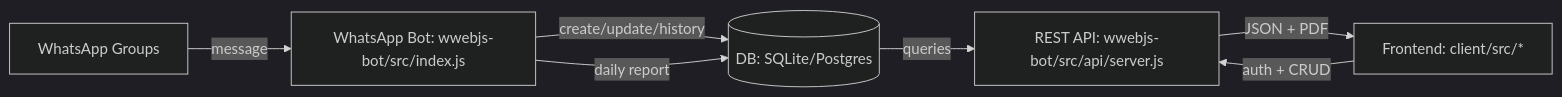
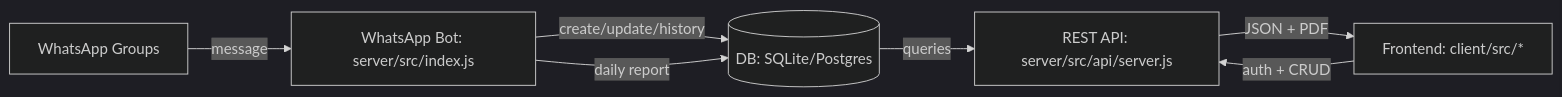
Before and after one commit to Ericdt17/saasDelivery: the diagram in REPO_DOCUMENTATION.md, drawn with Mermaid (dark theme). The commit also changed other lines of this file and 198 other files, not shown here.

First line of the commit message:
Rename backend to server, remove WhatsApp bot, and add public recruitment apply flow.

````diff
--- a/REPO_DOCUMENTATION.md
+++ b/REPO_DOCUMENTATION.md
@@ -90,15 +90,15 @@
 ```mermaid
 flowchart LR
   WhatsApp[WhatsApp Groups]
-  Bot[WhatsApp Bot: wwebjs-bot/src/index.js]
+  Bot[WhatsApp Bot: server/src/index.js]
   DB[(DB: SQLite/Postgres)]
-  API[REST API: wwebjs-bot/src/api/server.js]
+  API[REST API: server/src/api/server.js]
   FE[Frontend: client/src/*]
 
   WhatsApp -->|message| Bot
   Bot -->|create/update/history| DB
   Bot -->|daily report| DB
   DB -->|queries| API
   API -->|JSON + PDF| FE
   FE -->|auth + CRUD| API
 ```
````
